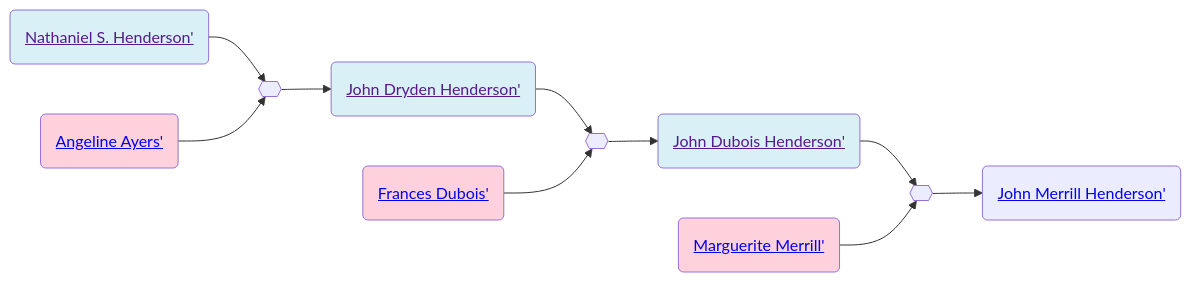
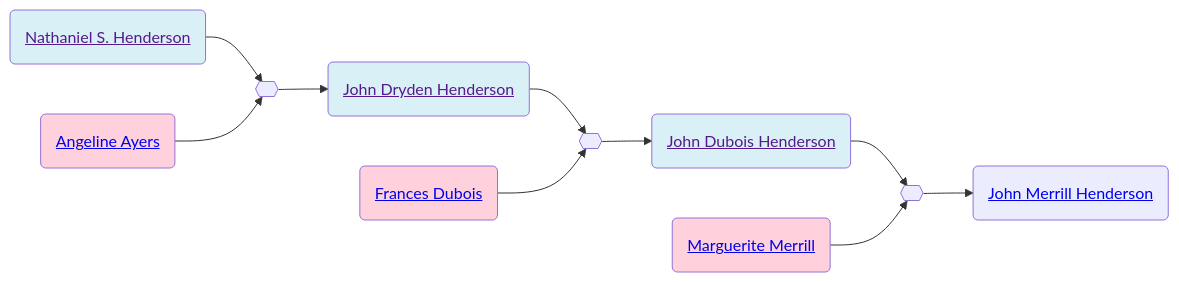
One commit to neelsmith/avocational changed the second of 2 diagrams in familyhistory/sources/people/Henderson-line/Nathaniel_S._Henderson.qmd. Above: the diagram before and after it, drawn with Mermaid. The commit also changed other lines of this file and 96 other files, not shown here.

````diff
--- a/familyhistory/sources/people/Henderson-line/Nathaniel_S._Henderson.qmd
+++ b/familyhistory/sources/people/Henderson-line/Nathaniel_S._Henderson.qmd
@@ -47,26 +47,26 @@
 ```{mermaid}
 graph LR
 %% LR descendant diagram
 class Nathaniel_S._Henderson_and_Angeline_Ayers marriage
-Nathaniel_S._Henderson(<a href=''>Nathaniel S. Henderson'</>) --> Nathaniel_S._Henderson_and_Angeline_Ayers{{ }}
-Angeline_Ayers(<a href='./Ayers-line/Angeline_Ayers.html'>Angeline Ayers'</>) --> Nathaniel_S._Henderson_and_Angeline_Ayers{{ }}
+Nathaniel_S._Henderson(<a href=''>Nathaniel S. Henderson</a>) --> Nathaniel_S._Henderson_and_Angeline_Ayers{{ }}
+Angeline_Ayers(<a href='./Ayers-line/Angeline_Ayers.html'>Angeline Ayers</a>) --> Nathaniel_S._Henderson_and_Angeline_Ayers{{ }}
 class Nathaniel_S._Henderson father
 class Angeline_Ayers mother
-Nathaniel_S._Henderson_and_Angeline_Ayers{{ }} --> John_Dryden_Henderson(<a href='./John_Dryden_Henderson.html'>John Dryden Henderson'</>)
+Nathaniel_S._Henderson_and_Angeline_Ayers{{ }} --> John_Dryden_Henderson(<a href='./John_Dryden_Henderson.html'>John Dryden Henderson</a>)
 class John_Dryden_Henderson_and_Frances_Dubois marriage
-John_Dryden_Henderson(<a href=''>John Dryden Henderson'</>) --> John_Dryden_Henderson_and_Frances_Dubois{{ }}
-Frances_Dubois(<a href='./Dubois-line/Frances_Dubois.html'>Frances Dubois'</>) --> John_Dryden_Henderson_and_Frances_Dubois{{ }}
+John_Dryden_Henderson(<a href=''>John Dryden Henderson</a>) --> John_Dryden_Henderson_and_Frances_Dubois{{ }}
+Frances_Dubois(<a href='./Dubois-line/Frances_Dubois.html'>Frances Dubois</a>) --> John_Dryden_Henderson_and_Frances_Dubois{{ }}
 class John_Dryden_Henderson father
 class Frances_Dubois mother
-John_Dryden_Henderson_and_Frances_Dubois{{ }} --> John_Dubois_Henderson(<a href='./John_Dubois_Henderson.html'>John Dubois Henderson'</>)
+John_Dryden_Henderson_and_Frances_Dubois{{ }} --> John_Dubois_Henderson(<a href='./John_Dubois_Henderson.html'>John Dubois Henderson</a>)
 class John_Dubois_Henderson_and_Marguerite_Merrill marriage
-John_Dubois_Henderson(<a href=''>John Dubois Henderson'</>) --> John_Dubois_Henderson_and_Marguerite_Merrill{{ }}
-Marguerite_Merrill(<a href='./../Merrill-line/Marguerite_Merrill.html'>Marguerite Merrill'</>) --> John_Dubois_Henderson_and_Marguerite_Merrill{{ }}
+John_Dubois_Henderson(<a href=''>John Dubois Henderson</a>) --> John_Dubois_Henderson_and_Marguerite_Merrill{{ }}
+Marguerite_Merrill(<a href='./../Merrill-line/Marguerite_Merrill.html'>Marguerite Merrill</a>) --> John_Dubois_Henderson_and_Marguerite_Merrill{{ }}
 class John_Dubois_Henderson father
 class Marguerite_Merrill mother
-John_Dubois_Henderson_and_Marguerite_Merrill{{ }} --> John_Merrill_Henderson(<a href='./John_Merrill_Henderson.html'>John Merrill Henderson'</>)
+John_Dubois_Henderson_and_Marguerite_Merrill{{ }} --> John_Merrill_Henderson(<a href='./John_Merrill_Henderson.html'>John Merrill Henderson</a>)
 classDef mother fill:#ffd1dc
 classDef father fill:#daf0f7  
 classDef marriage fill:#ffffff
 
 ```
````
